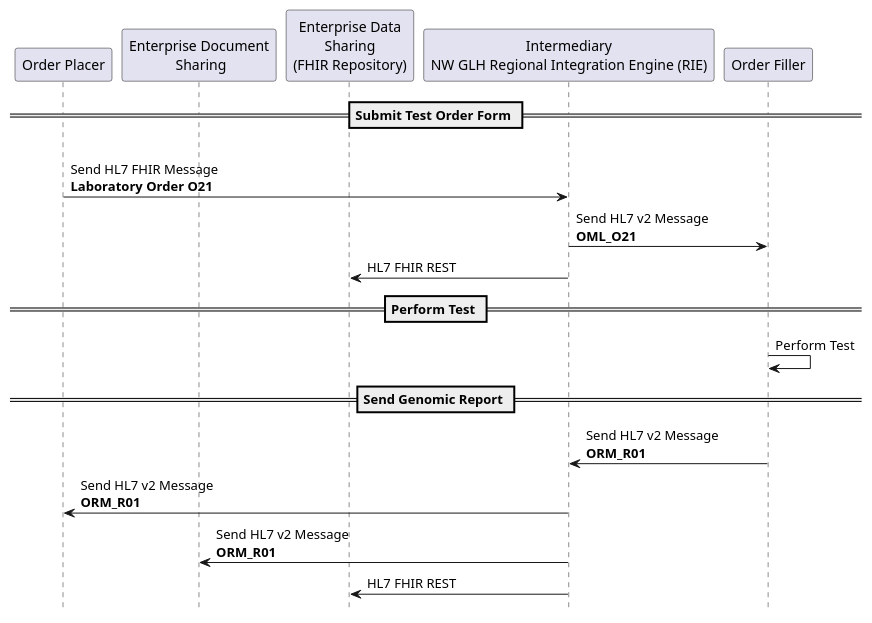
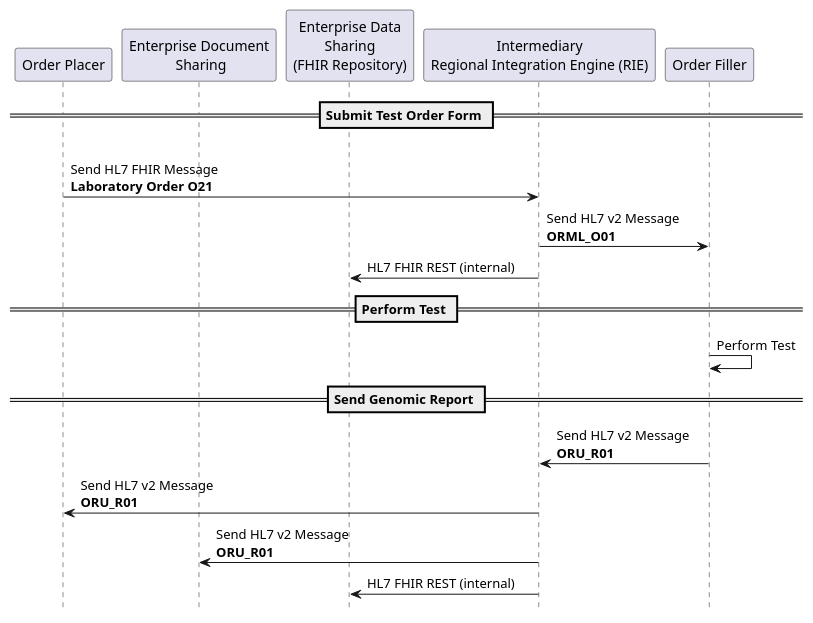
Before and after one commit to nw-gmsa/nw-gmsa.github.com: the diagram in input/images-source/LTW-cdr-sequence.plantuml, drawn with PlantUML. The commit also changed 2 other files, not shown here.

```diff
--- a/input/images-source/LTW-cdr-sequence.plantuml
+++ b/input/images-source/LTW-cdr-sequence.plantuml
@@ -1,30 +1,30 @@
 @startuml
 
 hide footbox
 
 participant "Order Placer" as EPR
 participant "Enterprise Document\n Sharing" as XDS
 participant "Enterprise Data\nSharing\n(FHIR Repository)" as CDR
-participant "Intermediary\nNW GLH Regional Integration Engine (RIE)" as TIE
+participant "Intermediary\nRegional Integration Engine (RIE)" as TIE
 participant "Order Filler" as LIMS
 
 
 
 == Submit Test Order Form ==
 
 EPR -> TIE: \nSend HL7 FHIR Message\n**Laboratory Order O21**
-TIE -> LIMS: Send HL7 v2 Message\n**OML_O21**
-TIE -> CDR: HL7 FHIR REST
+TIE -> LIMS: Send HL7 v2 Message\n**ORML_O01**
+TIE -> CDR: HL7 FHIR REST (internal)
 
 == Perform Test ==
 
 LIMS -> LIMS: Perform Test
 
 == Send Genomic Report ==
 
-LIMS -> TIE: Send HL7 v2 Message\n**ORM_R01**
-TIE -> EPR: Send HL7 v2 Message\n**ORM_R01**
-TIE -> XDS: Send HL7 v2 Message\n**ORM_R01**
-TIE -> CDR: HL7 FHIR REST
+LIMS -> TIE: Send HL7 v2 Message\n**ORU_R01**
+TIE -> EPR: Send HL7 v2 Message\n**ORU_R01**
+TIE -> XDS: Send HL7 v2 Message\n**ORU_R01**
+TIE -> CDR: HL7 FHIR REST (internal)
 
 @enduml
```
